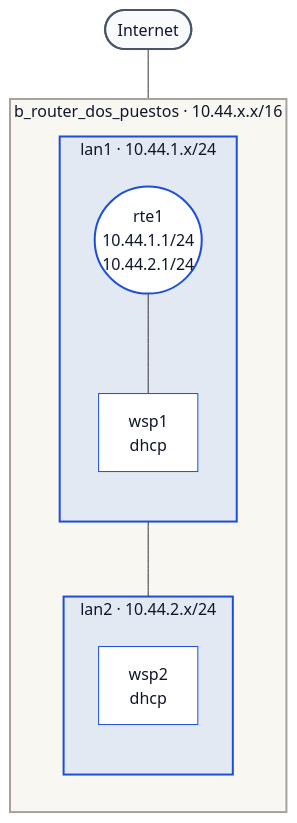
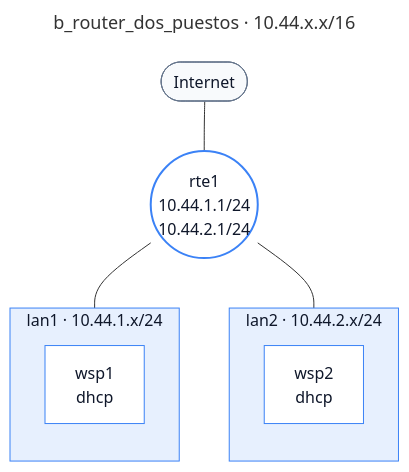
Before and after one commit to MagicJF/NetLabs: the first of 2 diagrams in labs/b_router_dos_puestos/b_router_dos_puestos.md, drawn with Mermaid. The commit also changed other lines of this file and 3 other files, not shown here.

````diff
--- a/labs/b_router_dos_puestos/b_router_dos_puestos.md
+++ b/labs/b_router_dos_puestos/b_router_dos_puestos.md
@@ -13,31 +13,29 @@
 ```mermaid
+---
+title: b_router_dos_puestos · 10.44.x.x/16
+---
 flowchart TB
-    classDef contorno fill:#f5f0e6,fill-opacity:0.55,stroke:#a8a29e,stroke-width:2px,color:#0f172a
-    classDef red fill:#3b82f6,fill-opacity:0.12,stroke:#1d4ed8,stroke-width:2px,color:#0f172a
-    classDef equipo fill:#ffffff,stroke:#1d4ed8,stroke-width:1px,color:#0f172a
-    classDef puerta fill:#ffffff,stroke:#1d4ed8,stroke-width:2px,color:#0f172a
-    classDef internet fill:#f8fafc,stroke:#475569,stroke-width:2px,color:#0f172a
+    classDef red fill:#3b82f6,fill-opacity:0.12,stroke:#3b82f6,stroke-width:1px,color:#0f172a
+    classDef equipo fill:#ffffff,stroke:#3b82f6,stroke-width:1px,color:#0f172a
+    classDef puerta fill:#ffffff,stroke:#3b82f6,stroke-width:2px,color:#0f172a
+    classDef internet fill:#f8fafc,stroke:#64748b,stroke-width:1px,color:#0f172a
     internet(["Internet"])
     class internet internet
-    subgraph contorno["b_router_dos_puestos · 10.44.x.x/16"]
+    n_rte1(("rte1<br/>10.44.1.1/24<br/>10.44.2.1/24"))
+    class n_rte1 puerta
+    subgraph red1["lan2 · 10.44.2.x/24"]
         direction TB
-        subgraph red0["lan1 · 10.44.1.x/24"]
-            direction TB
-            n_rte1(("rte1<br/>10.44.1.1/24<br/>10.44.2.1/24"))
-            class n_rte1 puerta
-            n_wsp1["wsp1<br/>dhcp"]
-            class n_wsp1 equipo
-        end
-        class red0 red
-        subgraph red1["lan2 · 10.44.2.x/24"]
-            direction TB
-            n_wsp2["wsp2<br/>dhcp"]
-            class n_wsp2 equipo
-        end
-        class red1 red
+        n_wsp2["wsp2<br/>dhcp"]
+        class n_wsp2 equipo
     end
-    class contorno contorno
+    class red1 red
+    subgraph red0["lan1 · 10.44.1.x/24"]
+        direction TB
+        n_wsp1["wsp1<br/>dhcp"]
+        class n_wsp1 equipo
+    end
+    class red0 red
     internet --- n_rte1
     n_rte1 --- n_wsp1
     n_rte1 --- n_wsp2
 ```
````
